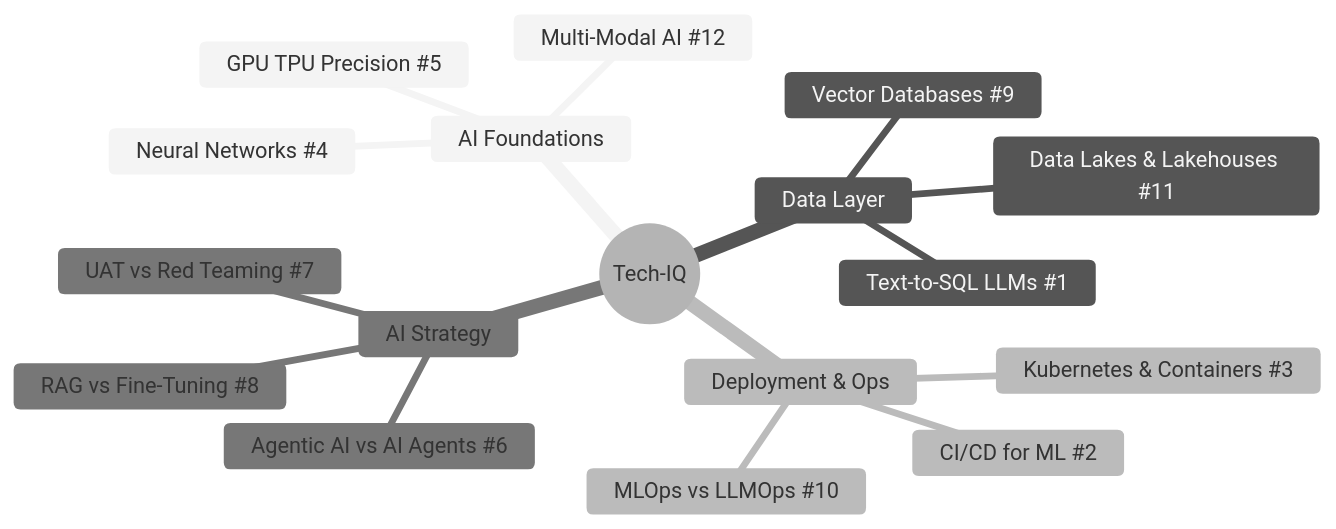
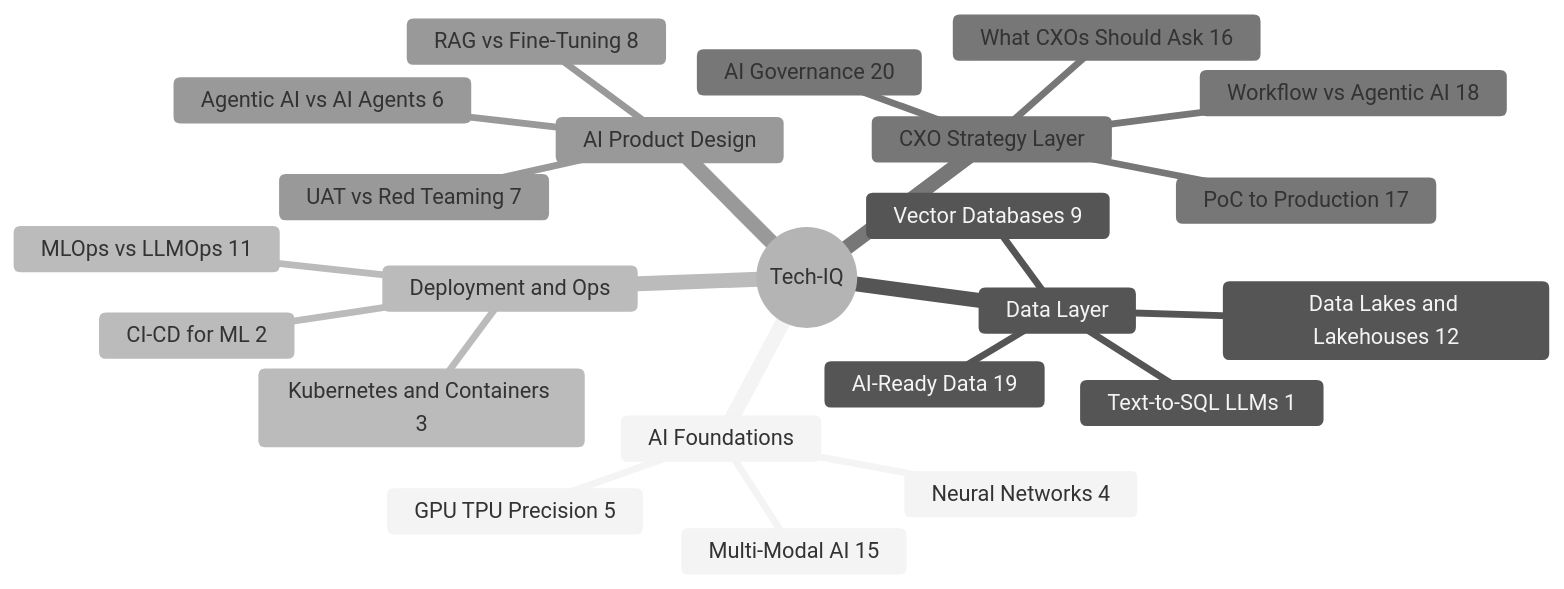
One commit to itsual/Tech-IQ changed the second of 2 diagrams in README.md. Above: the diagram before and after it, drawn with Mermaid (neutral theme). The commit also changed other lines of this file and 5 other files, not shown here.

````diff
--- a/README.md
+++ b/README.md
@@ -172,20 +173,26 @@
 ```mermaid
 mindmap
   root((Tech-IQ))
     AI Foundations
-      Neural Networks #4
-      GPU TPU Precision #5
-      Multi-Modal AI #12
+      Neural Networks 4
+      GPU TPU Precision 5
+      Multi-Modal AI 15
     Data Layer
-      Vector Databases #9
-      Data Lakes & Lakehouses #11
-      Text-to-SQL LLMs #1
-    Deployment & Ops
-      CI/CD for ML #2
-      Kubernetes & Containers #3
-      MLOps vs LLMOps #10
-    AI Strategy
-      RAG vs Fine-Tuning #8
-      Agentic AI vs AI Agents #6
-      UAT vs Red Teaming #7
+      Vector Databases 9
+      Data Lakes and Lakehouses 12
+      AI-Ready Data 19
+      Text-to-SQL LLMs 1
+    Deployment and Ops
+      CI-CD for ML 2
+      Kubernetes and Containers 3
+      MLOps vs LLMOps 11
+    CXO Strategy Layer
+      What CXOs Should Ask 16
+      PoC to Production 17
+      Workflow vs Agentic AI 18
+      AI Governance 20
+    AI Product Design
+      RAG vs Fine-Tuning 8
+      Agentic AI vs AI Agents 6
+      UAT vs Red Teaming 7
 ```
````
